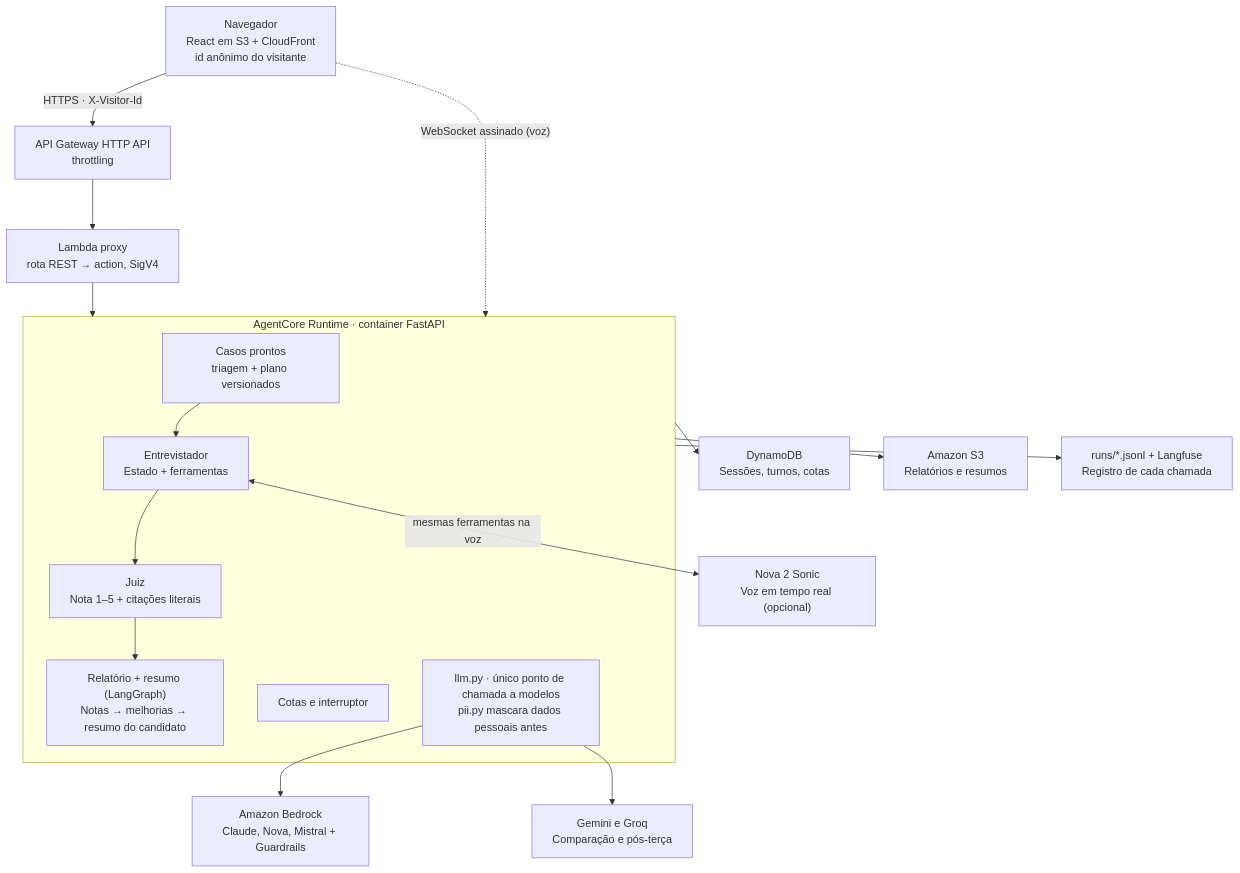
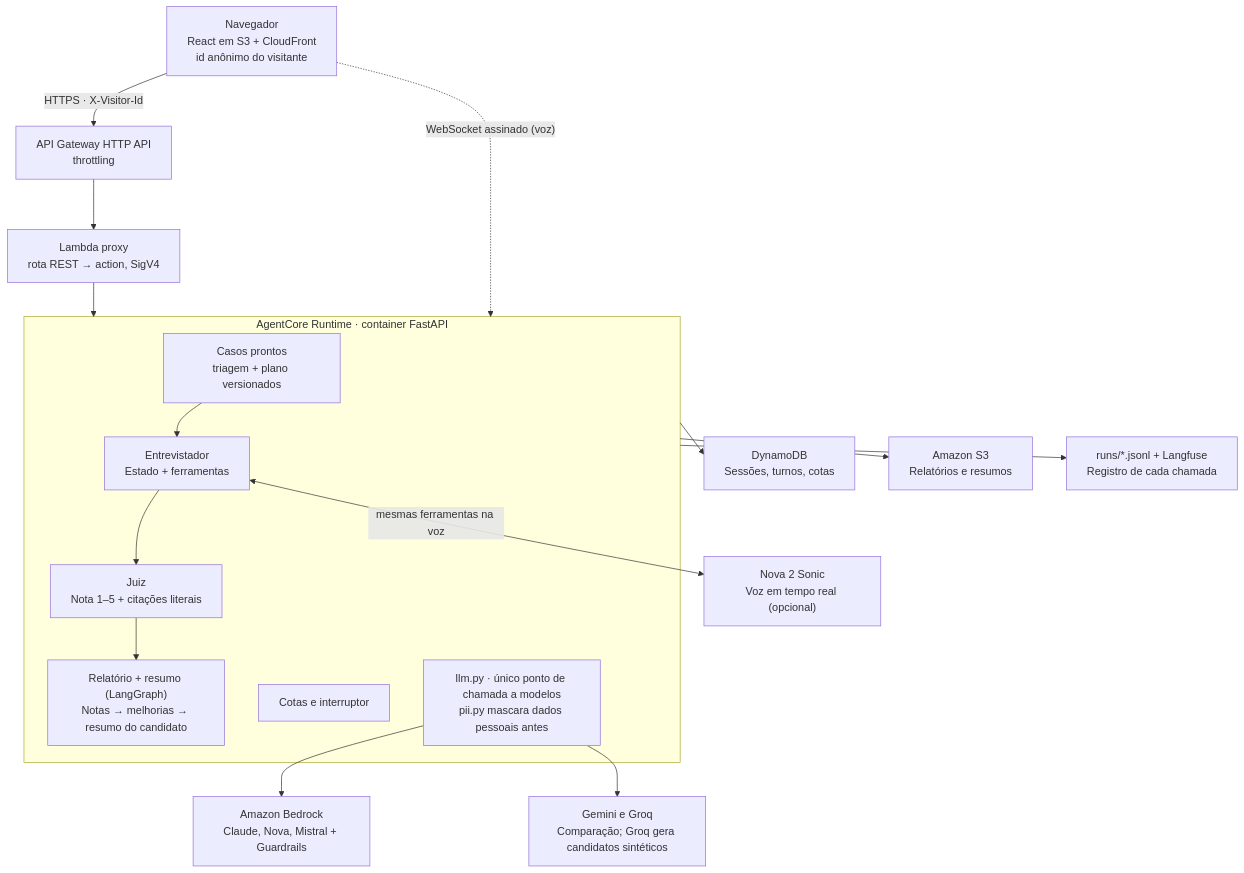
Before and after one commit to nemofromdreamland/mia: the diagram in docs/TRD.md, drawn with Mermaid. The commit also changed other lines of this file and 2 other files, not shown here.

Commit message:
docs: keep Bedrock (Claude Haiku) as main provider after Tuesday, Gemini only for comparison

````diff
--- a/docs/TRD.md
+++ b/docs/TRD.md
@@ -23,22 +23,22 @@
 ```mermaid
 flowchart TB
     NAV["Navegador<br/>React em S3 + CloudFront<br/>id anônimo do visitante"] -- "HTTPS · X-Visitor-Id" --> APIGW["API Gateway HTTP API<br/>throttling"]
     APIGW --> PROXY["Lambda proxy<br/>rota REST → action, SigV4"]
     PROXY --> RT
     NAV -. "WebSocket assinado (voz)" .-> RT
 
     subgraph RT["AgentCore Runtime · container FastAPI"]
         CASES["Casos prontos<br/>triagem + plano versionados"] --> INT["Entrevistador<br/>Estado + ferramentas"]
         INT --> JUIZ["Juiz<br/>Nota 1–5 + citações literais"]
         JUIZ --> REL["Relatório + resumo (LangGraph)<br/>Notas → melhorias → resumo do candidato"]
         QUOTA["Cotas e interruptor"]
         LLM["llm.py · único ponto de chamada a modelos<br/>pii.py mascara dados pessoais antes"]
     end
 
     INT <-- "mesmas ferramentas na voz" --> SONIC["Nova 2 Sonic<br/>Voz em tempo real (opcional)"]
     LLM --> BR["Amazon Bedrock<br/>Claude, Nova, Mistral + Guardrails"]
-    LLM --> GO["Gemini e Groq<br/>Comparação e pós-terça"]
+    LLM --> GO["Gemini e Groq<br/>Comparação; Groq gera candidatos sintéticos"]
     RT --> DDB["DynamoDB<br/>Sessões, turnos, cotas"]
     RT --> S3["Amazon S3<br/>Relatórios e resumos"]
     RT --> RUNS["runs/*.jsonl + Langfuse<br/>Registro de cada chamada"]
 ```
````
